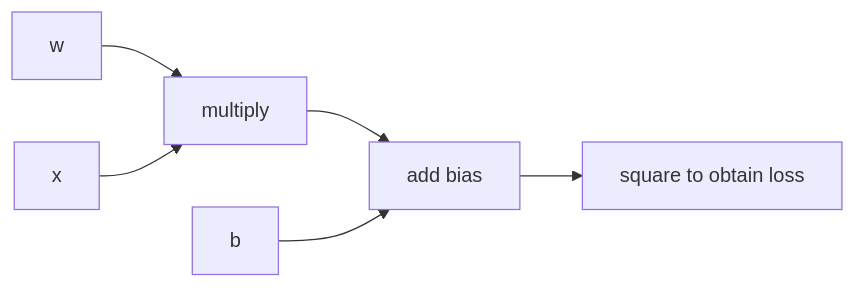
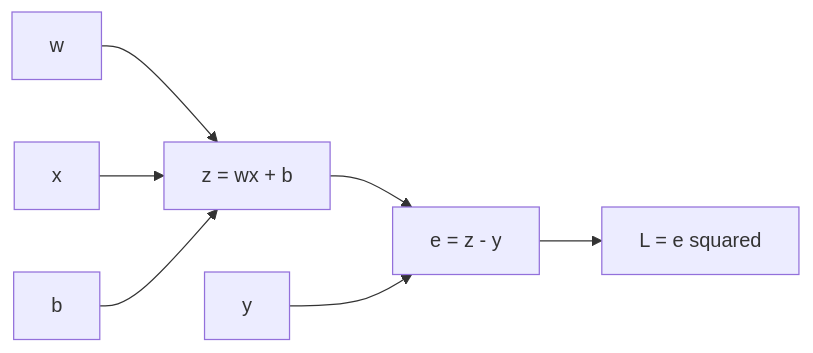
One commit to FxorG00/system-learning-notes changed the diagram in ai_theory/T4/T4.md. Above: the diagram before and after it, drawn with Mermaid. The commit also changed other lines of this file and 7 other files, not shown here.

````diff
--- a/ai_theory/T4/T4.md
+++ b/ai_theory/T4/T4.md
@@ -365,8 +49,9 @@
 ```mermaid
 flowchart LR
-    W[w] --> MUL[multiply]
-    X[x] --> MUL
-    MUL --> ADD[add bias]
-    B[b] --> ADD
-    ADD --> SQ[square to obtain loss]
+    W[w] --> Z[z = wx + b]
+    X[x] --> Z
+    B[b] --> Z
+    Z --> E[e = z - y]
+    Y[y] --> E
+    E --> L[L = e squared]
 ```
````
